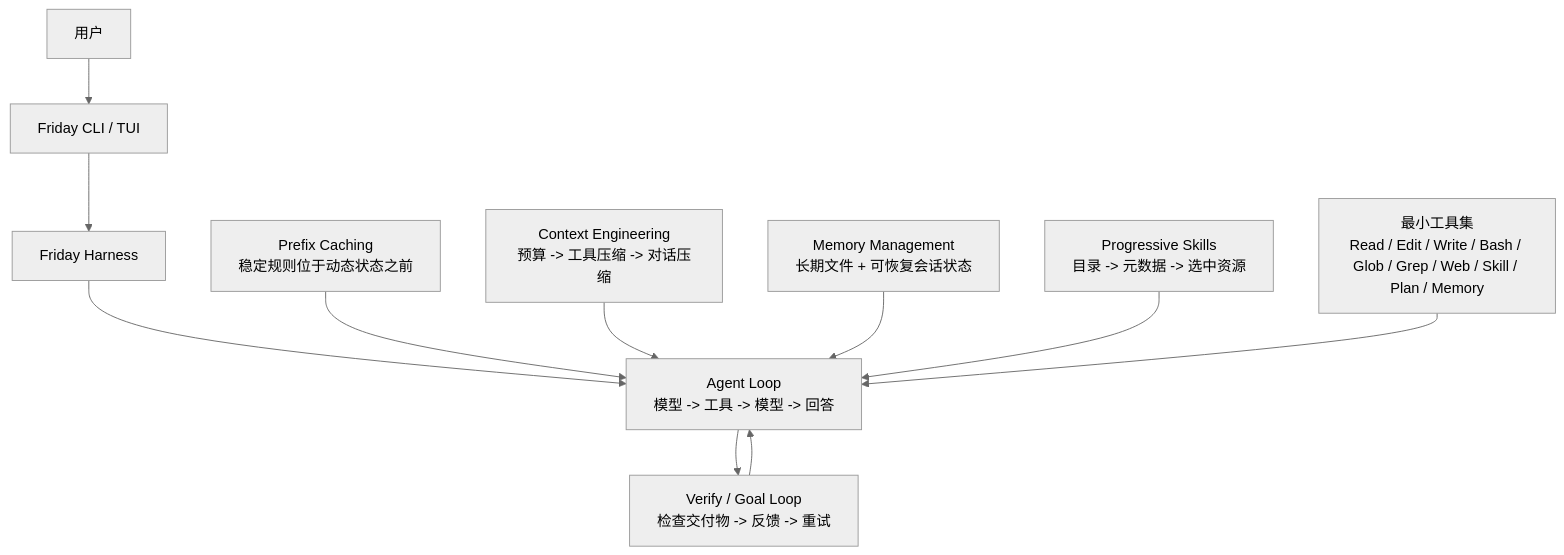
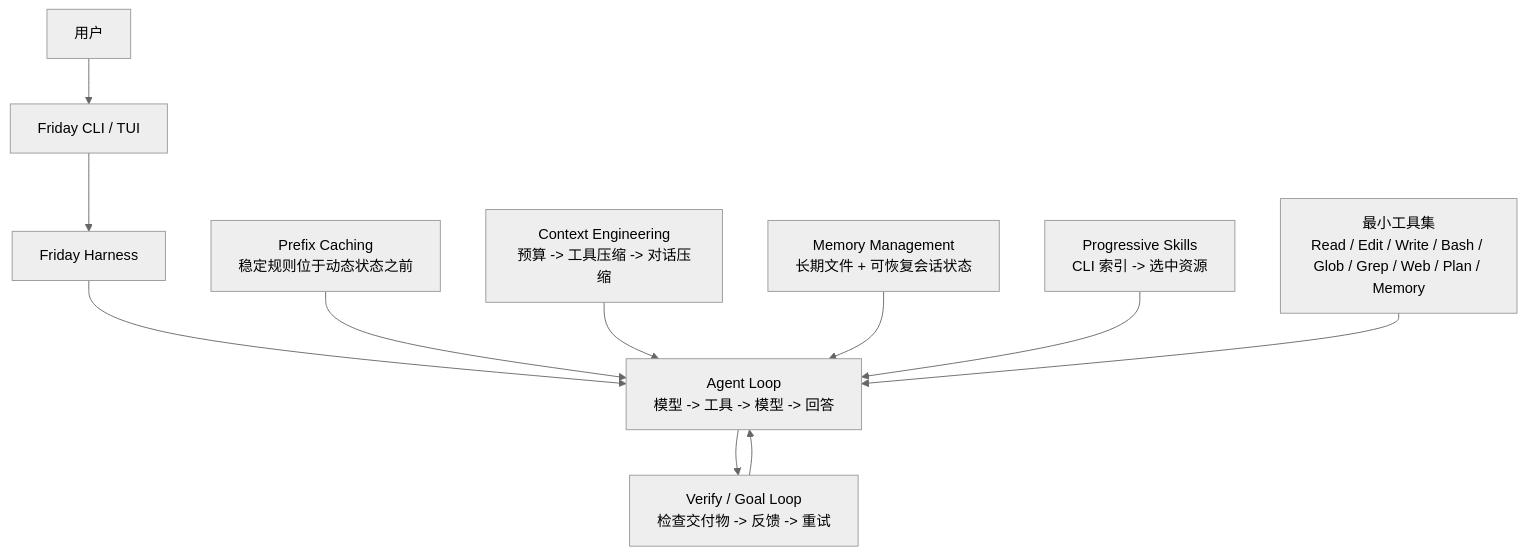
Before and after one commit to Lancetwang/friday: the diagram in README.zh-CN.md, drawn with Mermaid (neutral theme). The commit also changed other lines of this file and 13 other files, not shown here.

Commit message:
feat: move skill discovery to CLI

````diff
--- a/README.zh-CN.md
+++ b/README.zh-CN.md
@@ -45,15 +45,15 @@
 ```mermaid
 flowchart TD
     User["用户"] --> Surface["Friday CLI / TUI"]
     Surface --> Harness["Friday Harness"]
 
     Harness --> AgentLoop["Agent Loop<br/>模型 -> 工具 -> 模型 -> 回答"]
     AgentLoop --> OuterLoop["Verify / Goal Loop<br/>检查交付物 -> 反馈 -> 重试"]
     OuterLoop --> AgentLoop
 
     Prefix["Prefix Caching<br/>稳定规则位于动态状态之前"] --> AgentLoop
     Context["Context Engineering<br/>预算 -> 工具压缩 -> 对话压缩"] --> AgentLoop
     Memory["Memory Management<br/>长期文件 + 可恢复会话状态"] --> AgentLoop
-    Skills["Progressive Skills<br/>目录 -> 元数据 -> 选中资源"] --> AgentLoop
-    Tools["最小工具集<br/>Read / Edit / Write / Bash / Glob / Grep / Web / Skill / Plan / Memory"] --> AgentLoop
+    Skills["Progressive Skills<br/>CLI 索引 -> 选中资源"] --> AgentLoop
+    Tools["最小工具集<br/>Read / Edit / Write / Bash / Glob / Grep / Web / Plan / Memory"] --> AgentLoop
 ```
````
